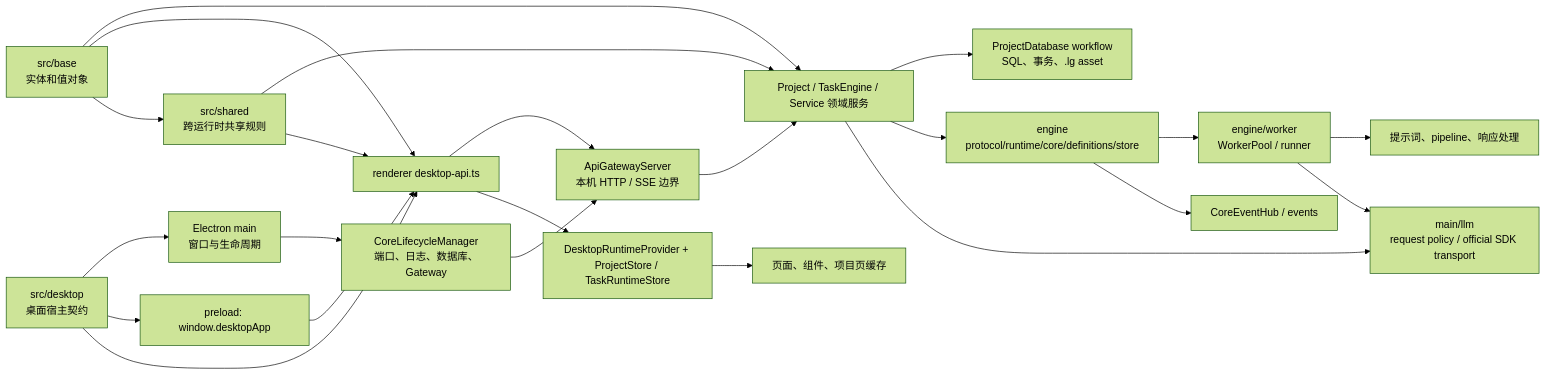
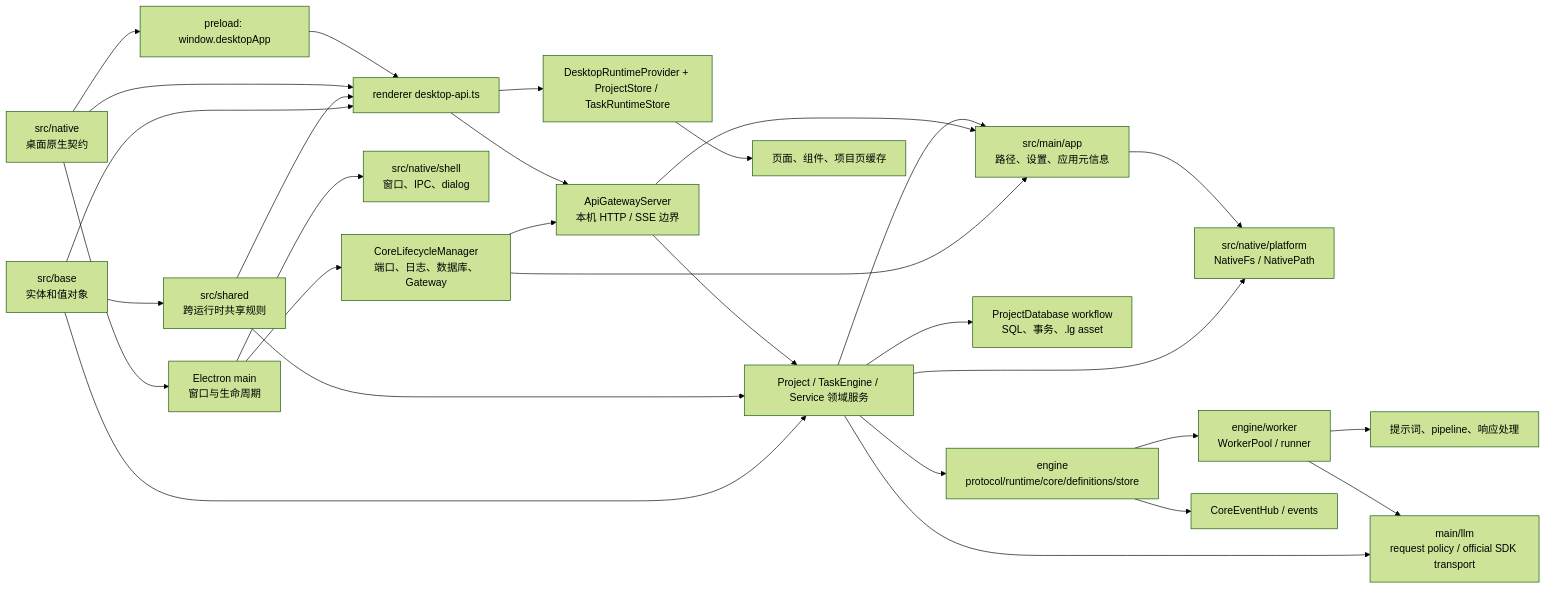
Before and after one commit to neavo/LinguaGacha: the first of 3 diagrams in docs/ARCHITECTURE.md, drawn with Mermaid (forest theme). The commit also changed other lines of this file and 151 other files, not shown here.

````diff
--- a/docs/ARCHITECTURE.md
+++ b/docs/ARCHITECTURE.md
@@ -19,25 +19,31 @@
 ```mermaid
 flowchart LR
   N["src/base<br/>实体和值对象"] --> D
   N --> J
   N --> S["src/shared<br/>跨运行时共享规则"]
   S --> D
   S --> J
-  X["src/desktop<br/>桌面宿主契约"] --> A
+  X["src/native<br/>桌面原生契约"] --> A
   X --> I
   X --> J
-  A["Electron main<br/>窗口与生命周期"] --> B["CoreLifecycleManager<br/>端口、日志、数据库、Gateway"]
+  A["Electron main<br/>窗口与生命周期"] --> Y["src/native/shell<br/>窗口、IPC、dialog"]
+  A --> B["CoreLifecycleManager<br/>端口、日志、数据库、Gateway"]
+  B --> R["src/main/app<br/>路径、设置、应用元信息"]
   B --> C["ApiGatewayServer<br/>本机 HTTP / SSE 边界"]
+  C --> R
   C --> D["Project / TaskEngine / Service 领域服务"]
+  D --> R
+  D --> P["src/native/platform<br/>NativeFs / NativePath"]
+  R --> P
   D --> E["ProjectDatabase workflow<br/>SQL、事务、.lg asset"]
   D --> F["engine<br/>protocol/runtime/core/definitions/store"]
   D --> Q["main/llm<br/>request policy / official SDK transport"]
   F --> G["engine/worker<br/>WorkerPool / runner"]
   G --> H["提示词、pipeline、响应处理"]
   G --> Q
   F --> M["CoreEventHub / events"]
   I["preload: window.desktopApp"] --> J["renderer desktop-api.ts"]
   J --> C
   J --> K["DesktopRuntimeProvider + ProjectStore / TaskRuntimeStore"]
   K --> L["页面、组件、项目页缓存"]
 ```
````
